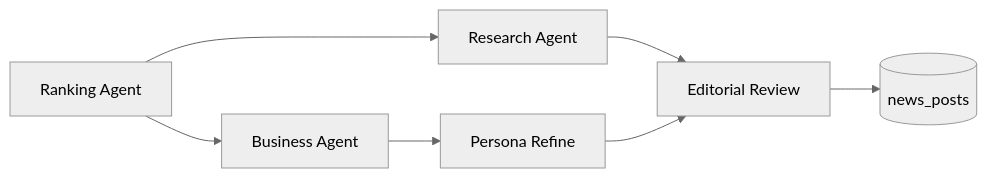
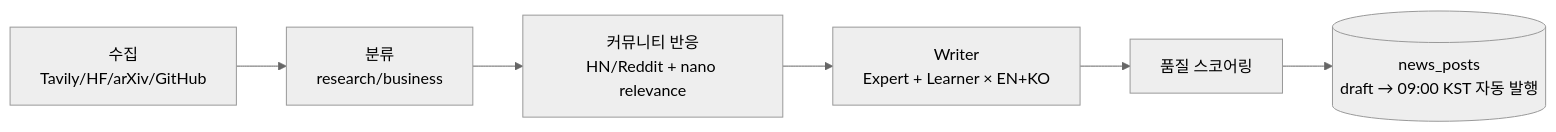
One commit to x0to1log/0to1log changed the diagram in vault/03-Features/Daily-Dual-News.md. Above: the diagram before and after it, drawn with Mermaid (neutral theme). The commit also changed 3 other files, not shown here.

First line of the commit message:
docs(vault): refresh news pipeline mermaid charts + flow descriptions

````diff
--- a/vault/03-Features/Daily-Dual-News.md
+++ b/vault/03-Features/Daily-Dual-News.md
@@ -34,9 +34,8 @@
 ```mermaid
 graph LR
-    R[Ranking Agent] --> RES[Research Agent]
-    R --> BIZ[Business Agent]
-    RES --> ED[Editorial Review]
-    BIZ --> P[Persona Refine]
-    P --> ED
-    ED --> DB[(news_posts)]
+    COL[수집<br/>Tavily/HF/arXiv/GitHub] --> CLS[분류<br/>research/business]
+    CLS --> CP[커뮤니티 반응<br/>HN/Reddit + nano relevance]
+    CP --> WR[Writer<br/>Expert + Learner × EN+KO]
+    WR --> QC[품질 스코어링]
+    QC --> DB[(news_posts<br/>draft → 09:00 KST 자동 발행)]
 ```
````
